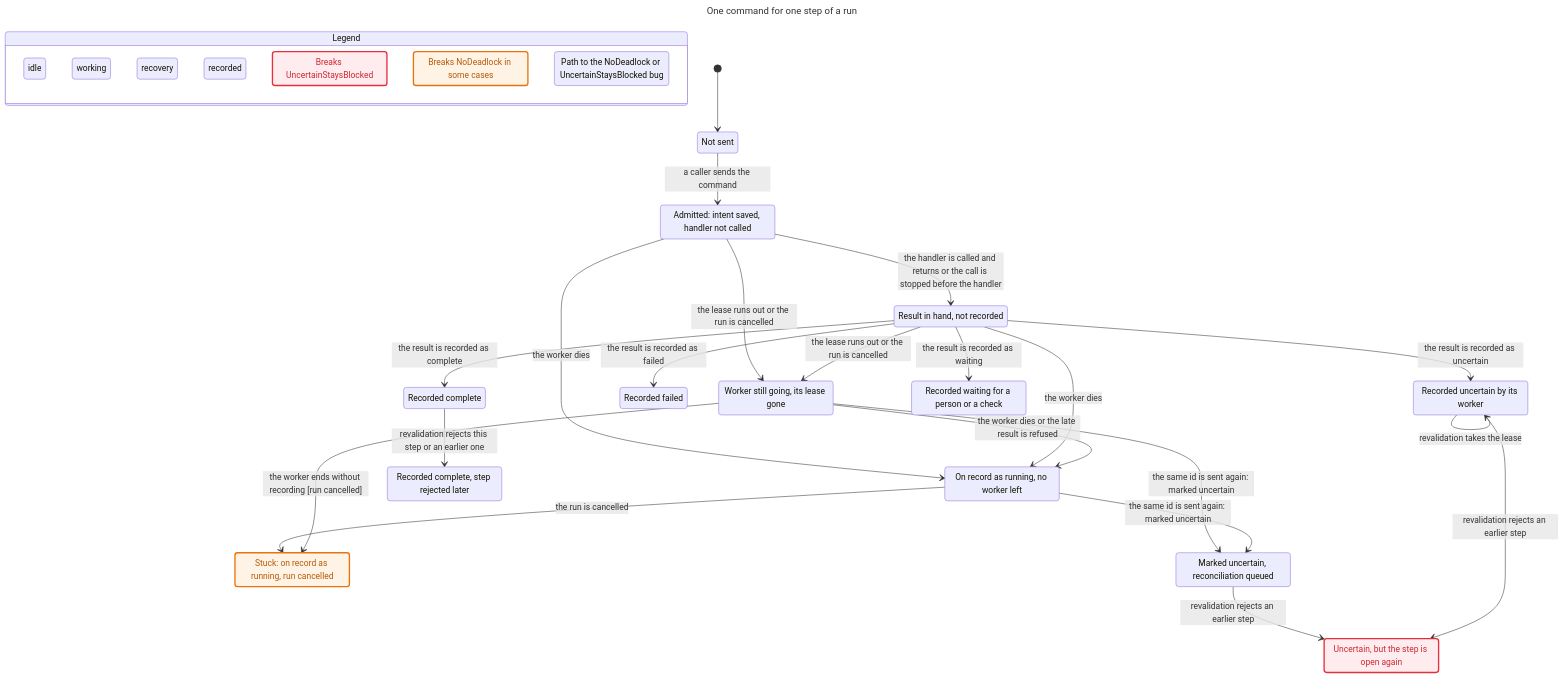
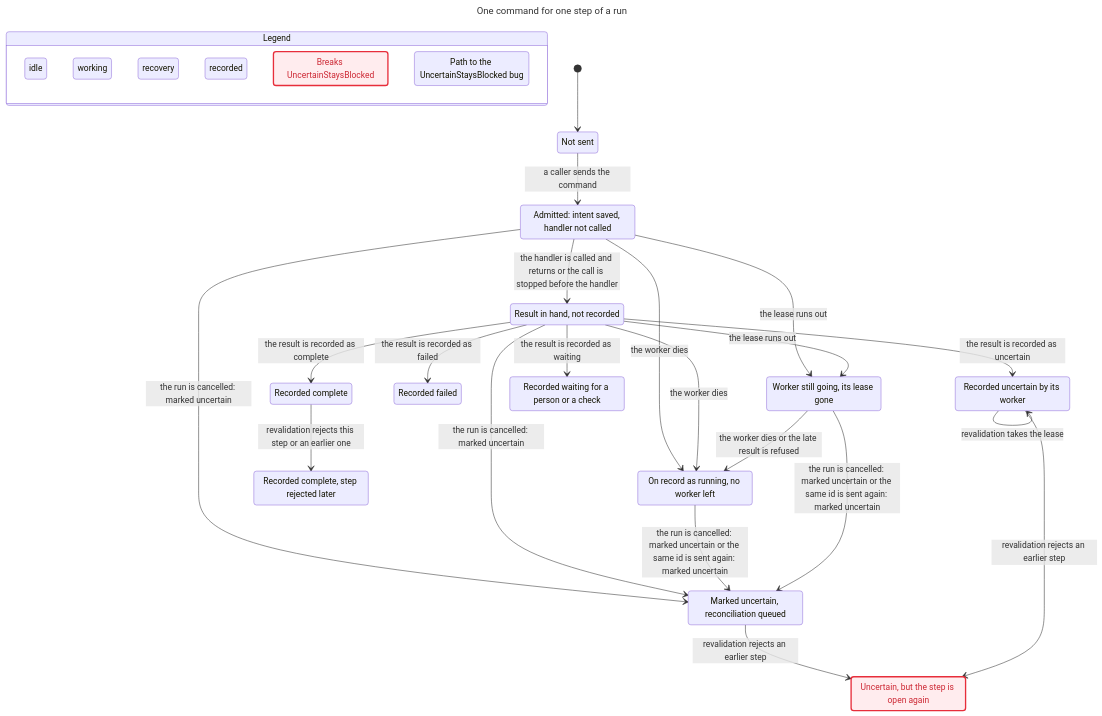
The diagram in verification/commands/chart.mmd (Tyler-R-Kendrick/ceremony), drawn with Mermaid before and after one commit. The commit also changed 21 other files, not shown here.

```diff
--- a/verification/commands/chart.mmd
+++ b/verification/commands/chart.mmd
@@ -1,77 +1,69 @@
 ---
 title: "One command for one step of a run"
 ---
 stateDiagram-v2
   state "Legend" as legend {
     lg0: idle
     lg1: working
     lg2: recovery
     lg3: recorded
     lg4: Breaks UncertainStaysBlocked
-    lg5: Breaks NoDeadlock in some cases
-    lg6: Path to the NoDeadlock or UncertainStaysBlocked bug
+    lg5: Path to the UncertainStaysBlocked bug
   }
   class lg0 tan
   class lg1 blue
   class lg2 orange
   class lg3 purple
   class lg4 breaks
-  class lg5 mayBreak
-  class lg6 bugPath
+  class lg5 bugPath
   s0: Not sent
   s1: Admitted: intent saved, handler not called
   s2: Result in hand, not recorded
   s3: On record as running, no worker left
   s4: Worker still going, its lease gone
-  s5: Recorded complete
-  s6: Recorded failed
-  s7: Stuck: on record as running, run cancelled
-  s8: Marked uncertain, reconciliation queued
-  s9: Recorded uncertain by its worker
-  s10: Recorded waiting for a person or a check
-  s11: Recorded complete, step rejected later
-  s12: Uncertain, but the step is open again
+  s5: Marked uncertain, reconciliation queued
+  s6: Recorded complete
+  s7: Recorded failed
+  s8: Recorded uncertain by its worker
+  s9: Recorded waiting for a person or a check
+  s10: Recorded complete, step rejected later
+  s11: Uncertain, but the step is open again
   [*] --> s0
   s0 --> s1: a caller sends the command
   s1 --> s2: the handler is called and returns or the call is stopped before the handler
   s1 --> s3: the worker dies
-  s1 --> s4: the lease runs out or the run is cancelled
+  s1 --> s4: the lease runs out
+  s1 --> s5: the run is cancelled: marked uncertain
   s2 --> s3: the worker dies
-  s2 --> s4: the lease runs out or the run is cancelled
-  s2 --> s5: the result is recorded as complete
-  s2 --> s6: the result is recorded as failed
-  s3 --> s7: the run is cancelled
-  s2 --> s9: the result is recorded as uncertain
-  s2 --> s10: the result is recorded as waiting
+  s2 --> s4: the lease runs out
+  s2 --> s6: the result is recorded as complete
+  s2 --> s5: the run is cancelled: marked uncertain
+  s2 --> s7: the result is recorded as failed
+  s3 --> s5: the run is cancelled: marked uncertain or the same id is sent again: marked uncertain
+  s2 --> s8: the result is recorded as uncertain
+  s2 --> s9: the result is recorded as waiting
+  s4 --> s5: the run is cancelled: marked uncertain or the same id is sent again: marked uncertain
   s4 --> s3: the worker dies or the late result is refused
-  s4 --> s8: the same id is sent again: marked uncertain
-  s4 --> s7: the worker ends without recording [run cancelled]
-  s3 --> s8: the same id is sent again: marked uncertain
-  s9 --> s9: revalidation takes the lease
-  s5 --> s11: revalidation rejects this step or an earlier one
-  s8 --> s12: revalidation rejects an earlier step
-  s9 --> s12: revalidation rejects an earlier step
+  s8 --> s8: revalidation takes the lease
+  s6 --> s10: revalidation rejects this step or an earlier one
+  s5 --> s11: revalidation rejects an earlier step
+  s8 --> s11: revalidation rejects an earlier step
   classDef breaks fill:#ffecee,stroke:#e72e3b,stroke-width:2.5px,color:#cd2834
-  classDef mayBreak fill:#fff3e6,stroke:#e8730c,stroke-width:2.5px,color:#b85a06
   class s0 tan
   class s0 bugPath
   class s1 blue
   class s1 bugPath
   class s2 blue
   class s2 bugPath
   class s3 orange
   class s4 blue
-  class s4 bugPath
   class s5 purple
   class s6 purple
-  class s7 orange
-  class s7 mayBreak
-  class s7 bugPath
+  class s7 purple
   class s8 purple
+  class s8 bugPath
   class s9 purple
-  class s9 bugPath
   class s10 purple
   class s11 purple
-  class s12 purple
-  class s12 breaks
-  class s12 bugPath
+  class s11 breaks
+  class s11 bugPath
```
